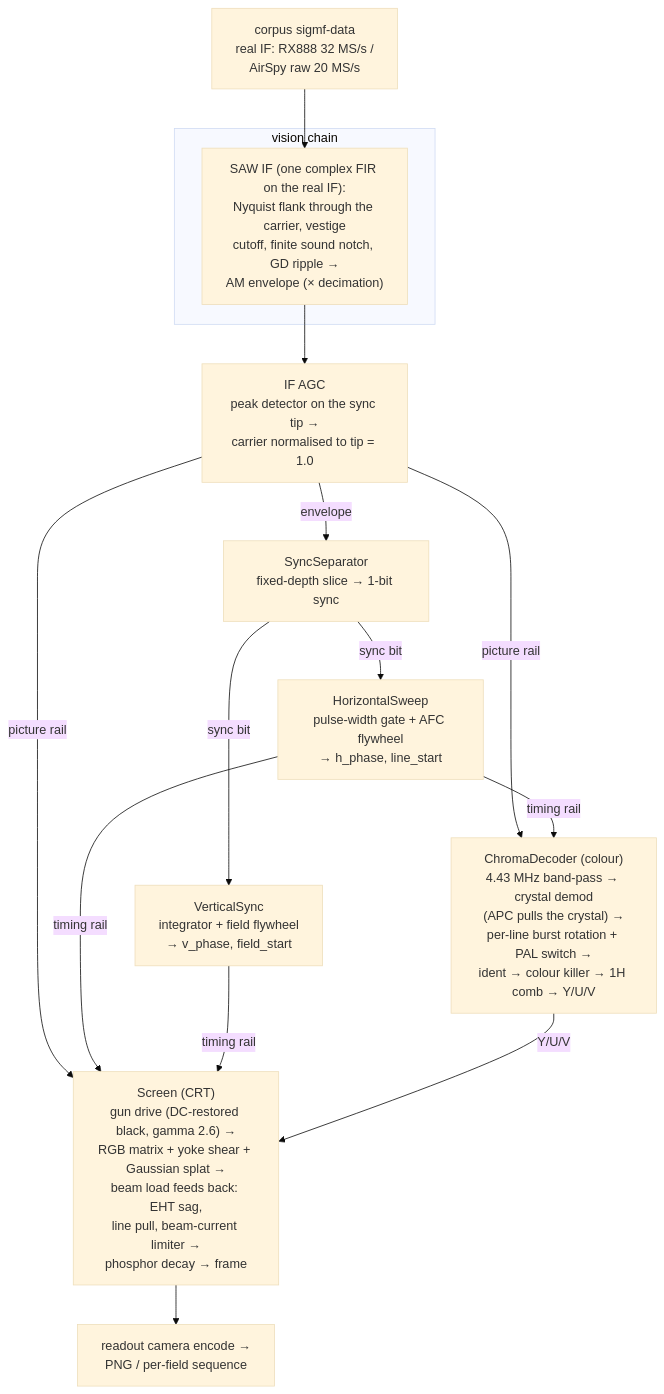
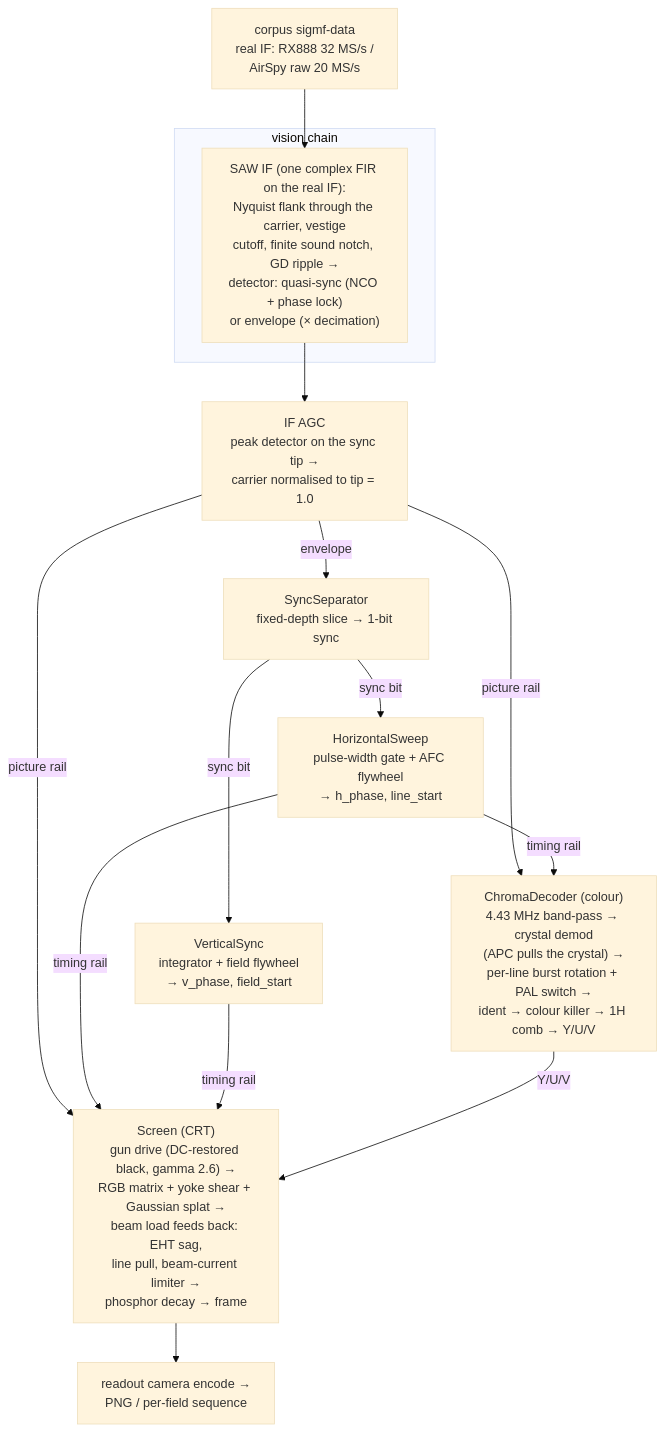
One commit to mattgodbolt/PALindrome changed the diagram in README.md. Above: the diagram before and after it, drawn with Mermaid (base theme). The commit also changed other lines of this file and 9 other files, not shown here.

First line of the commit message:
era B2.2: quasi-sync vision detector - the TDA-era product detector (#49)

````diff
--- a/README.md
+++ b/README.md
@@ -115,20 +115,20 @@
 ```mermaid
 flowchart TD
     SIGMF["corpus sigmf-data<br/>real IF: RX888 32 MS/s /<br/>AirSpy raw 20 MS/s"] --> VIS
 
     subgraph vis["vision chain"]
-      VIS["SAW IF (one complex FIR on the real IF):<br/>Nyquist flank through the carrier, vestige<br/>cutoff, finite sound notch, GD ripple →<br/>AM envelope (× decimation)"]
+      VIS["SAW IF (one complex FIR on the real IF):<br/>Nyquist flank through the carrier, vestige<br/>cutoff, finite sound notch, GD ripple →<br/>detector: quasi-sync (NCO + phase lock)<br/>or envelope (× decimation)"]
     end
 
     VIS --> AGC["IF AGC<br/>peak detector on the sync tip →<br/>carrier normalised to tip = 1.0"]
     AGC -->|envelope| SEP["SyncSeparator<br/>fixed-depth slice → 1-bit sync"]
     AGC -->|picture rail| SCR
     AGC -->|picture rail| CH["ChromaDecoder (colour)<br/>4.43 MHz band-pass → crystal demod<br/>(APC pulls the crystal) →<br/>per-line burst rotation + PAL switch →<br/>ident → colour killer → 1H comb → Y/U/V"]
     SEP -->|sync bit| HS["HorizontalSweep<br/>pulse-width gate + AFC flywheel<br/>→ h_phase, line_start"]
     SEP -->|sync bit| VS["VerticalSync<br/>integrator + field flywheel<br/>→ v_phase, field_start"]
     HS -->|timing rail| CH
     HS -->|timing rail| SCR["Screen (CRT)<br/>gun drive (DC-restored black, gamma 2.6) →<br/>RGB matrix + yoke shear + Gaussian splat →<br/>beam load feeds back: EHT sag,<br/>line pull, beam-current limiter →<br/>phosphor decay → frame"]
     VS -->|timing rail| SCR
     CH -->|Y/U/V| SCR
     SCR --> PNG["readout camera encode →<br/>PNG / per-field sequence"]
 ```
````
